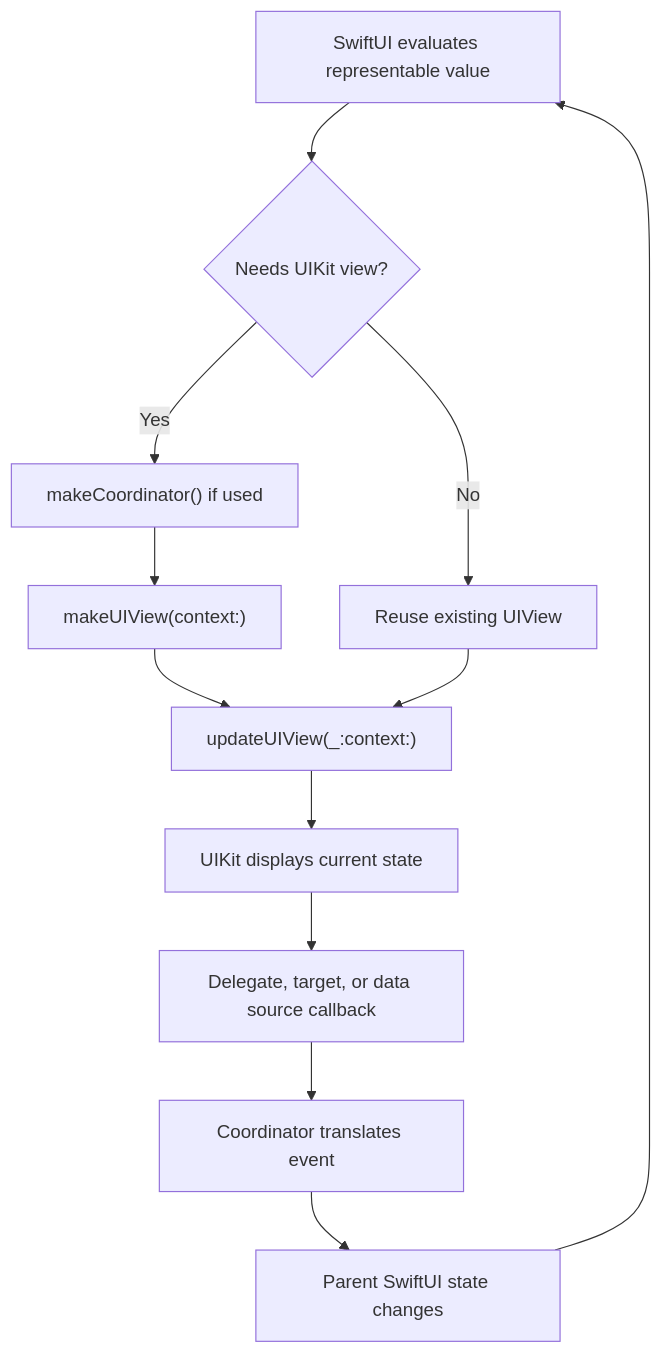
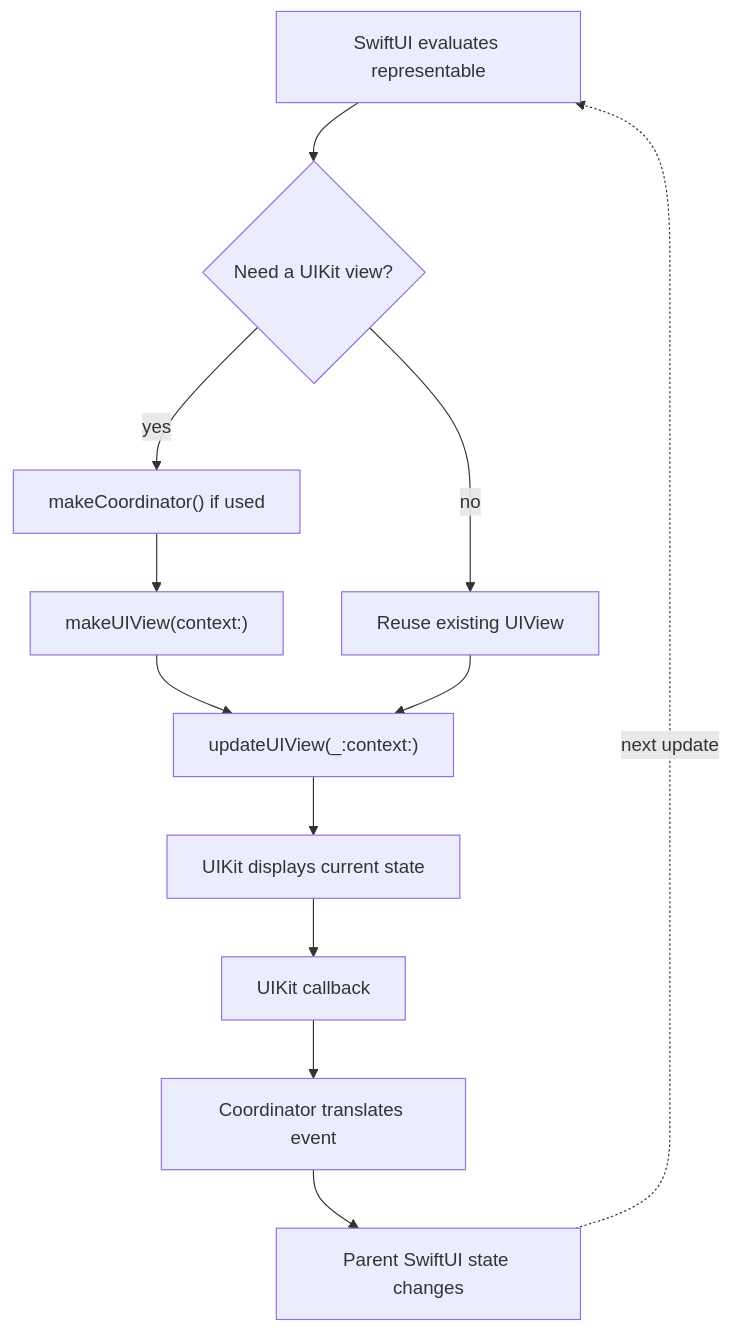
One commit to melancholygaze13/preparation-kit changed the diagram in docs/swiftui/uikit-interoperability-and-migration/ui-view-representable-and-coordinators/theory.md. Above: the diagram before and after it, drawn with Mermaid. The commit also changed 79 other files, not shown here.

Commit message:
docs: improve study content clarity and architecture guidance

````diff
--- a/docs/swiftui/uikit-interoperability-and-migration/ui-view-representable-and-coordinators/theory.md
+++ b/docs/swiftui/uikit-interoperability-and-migration/ui-view-representable-and-coordinators/theory.md
@@ -31,14 +31,16 @@
 ```mermaid
 flowchart TD
-    A["SwiftUI evaluates representable value"] --> B{"Needs UIKit view?"}
-    B -- "Yes" --> C["makeCoordinator() if used"]
-    C --> D["makeUIView(context:)"]
-    B -- "No" --> E["Reuse existing UIView"]
-    D --> F["updateUIView(_:context:)"]
-    E --> F
-    F --> G["UIKit displays current state"]
-    G --> H["Delegate, target, or data source callback"]
-    H --> I["Coordinator translates event"]
-    I --> J["Parent SwiftUI state changes"]
-    J --> A
+    Eval["SwiftUI evaluates representable"] --> Needs{"Need a UIKit view?"}
+    Needs -- "yes" --> MakeCoord["makeCoordinator() if used"]
+    MakeCoord --> MakeView["makeUIView(context:)"]
+    Needs -- "no" --> Reuse["Reuse existing UIView"]
+
+    MakeView --> Update["updateUIView(_:context:)"]
+    Reuse --> Update
+    Update --> Display["UIKit displays current state"]
+
+    Display --> Callback["UIKit callback"]
+    Callback --> Coord["Coordinator translates event"]
+    Coord --> State["Parent SwiftUI state changes"]
+    State -. "next update" .-> Eval
 ```
````
